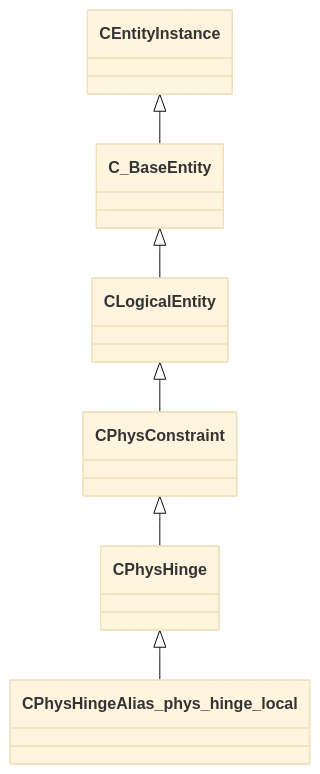
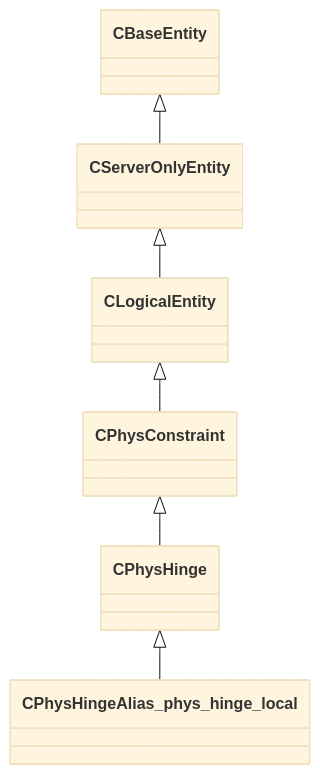
The diagram in docs/generated/schemas/server/CPhysHingeAlias_phys_hinge_local.md (CS2OpenDev/CS2OpenDev-Docs), drawn with Mermaid (base theme) before and after one commit. The commit also changed other lines of this file and 4525 other files, not shown here.

````diff
--- a/docs/generated/schemas/server/CPhysHingeAlias_phys_hinge_local.md
+++ b/docs/generated/schemas/server/CPhysHingeAlias_phys_hinge_local.md
@@ -17,8 +19,8 @@
 ```mermaid
 classDiagram
     CPhysHinge <|-- CPhysHingeAlias_phys_hinge_local
     CPhysConstraint <|-- CPhysHinge
     CLogicalEntity <|-- CPhysConstraint
-    C_BaseEntity <|-- CLogicalEntity
-    CEntityInstance <|-- C_BaseEntity
+    CServerOnlyEntity <|-- CLogicalEntity
+    CBaseEntity <|-- CServerOnlyEntity
 ```
````
